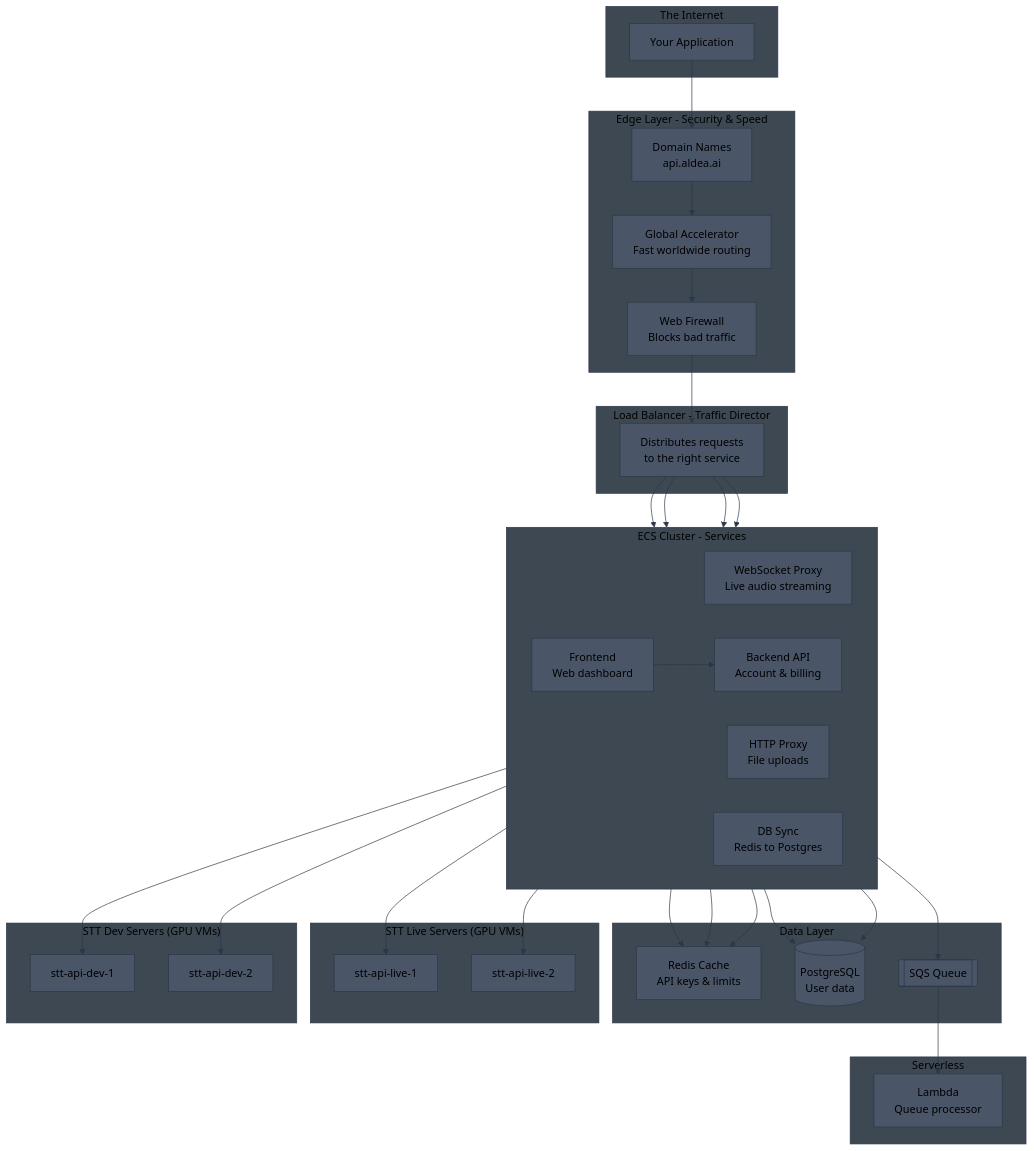
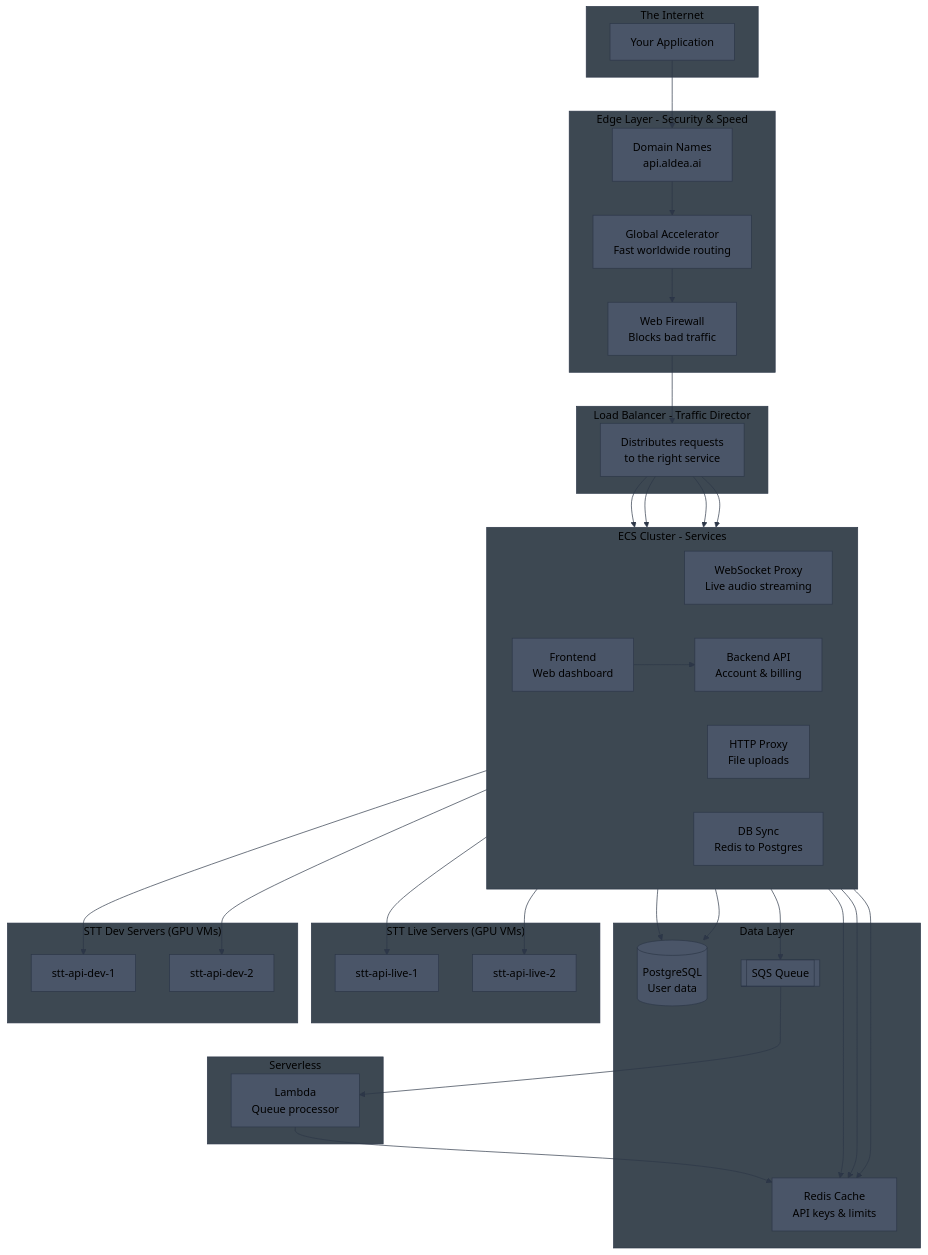
The second of 8 diagrams in diagrams/ecs-architecture.md (aldea-ai/infrastructure-docs), drawn with Mermaid before and after one commit. The commit also changed other lines of this file, not shown here.

Commit message:
Add Lambda→Redis connection in all diagrams

````diff
--- a/diagrams/ecs-architecture.md
+++ b/diagrams/ecs-architecture.md
@@ -41,56 +41,57 @@
 ```mermaid
 %%{init: {'theme': 'base', 'themeVariables': { 'primaryColor': '#4a5568', 'primaryTextColor': '#000', 'primaryBorderColor': '#2d3748', 'lineColor': '#2d3748', 'secondaryColor': '#5a6577', 'tertiaryColor': '#6b7280', 'background': '#1a202c', 'mainBkg': '#4a5568', 'secondBkg': '#5a6577', 'clusterBkg': '#3d4852', 'clusterBorder': '#2d3748', 'titleColor': '#000'}}}%%
 flowchart TB
     subgraph Internet["The Internet"]
         USER[Your Application]
     end
 
     subgraph Edge["Edge Layer - Security & Speed"]
         DNS[Domain Names<br/>api.aldea.ai]
         GA[Global Accelerator<br/>Fast worldwide routing]
         WAF[Web Firewall<br/>Blocks bad traffic]
     end
 
     subgraph LB["Load Balancer - Traffic Director"]
         ALB[Distributes requests<br/>to the right service]
     end
 
     subgraph ECS["ECS Cluster - Services"]
         direction LR
         WS[WebSocket Proxy<br/>Live audio streaming]
         HTTP[HTTP Proxy<br/>File uploads]
         BE[Backend API<br/>Account & billing]
         FE[Frontend<br/>Web dashboard]
         SYNC[DB Sync<br/>Redis to Postgres]
     end
 
     subgraph Data["Data Layer"]
         REDIS[Redis Cache<br/>API keys & limits]
         RDS[(PostgreSQL<br/>User data)]
         SQS[[SQS Queue]]
     end
 
     subgraph Serverless["Serverless"]
         LAMBDA[Lambda<br/>Queue processor]
     end
 
     subgraph STT_Live["STT Live Servers (GPU VMs)"]
         LIVE1[stt-api-live-1]
         LIVE2[stt-api-live-2]
     end
 
     subgraph STT_Dev["STT Dev Servers (GPU VMs)"]
         DEV1[stt-api-dev-1]
         DEV2[stt-api-dev-2]
     end
 
     USER --> DNS --> GA --> WAF --> ALB
     ALB --> WS & HTTP & BE & FE
     WS & HTTP --> REDIS
     BE --> REDIS & RDS
     FE --> BE
     SYNC --> RDS & SQS
     SQS --> LAMBDA
+    LAMBDA --> REDIS
     HTTP --> LIVE1 & LIVE2
     WS --> DEV1 & DEV2
 ```
````
